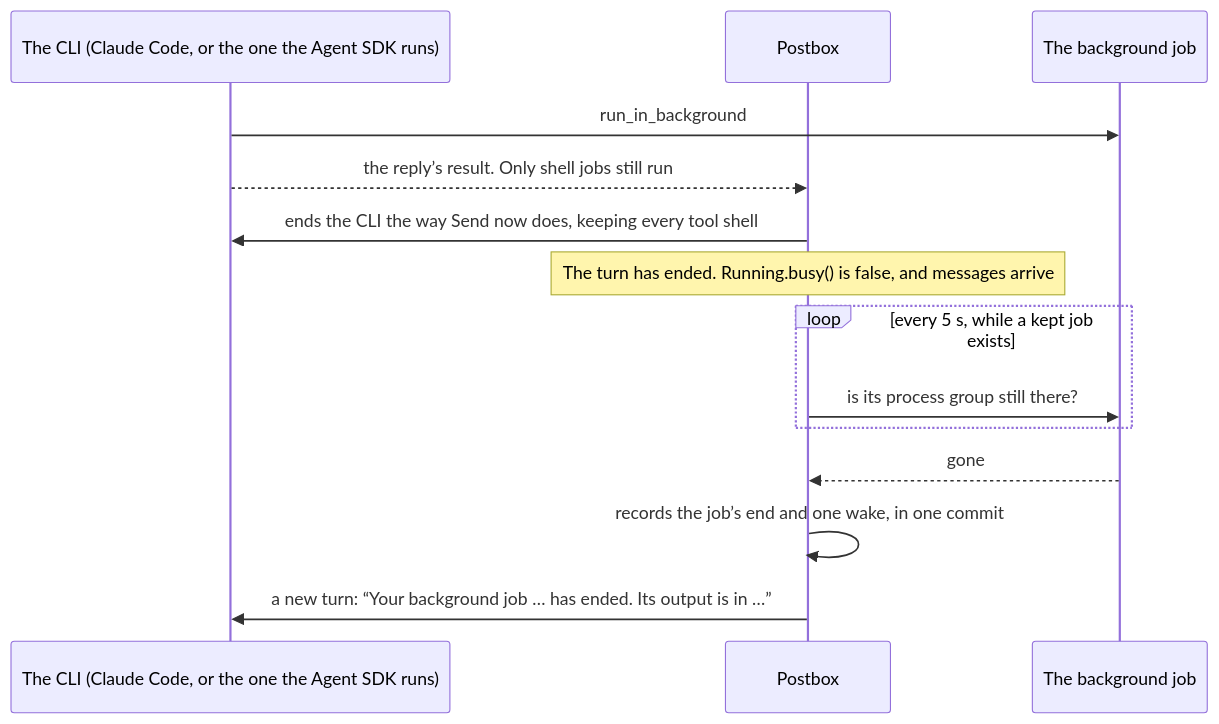
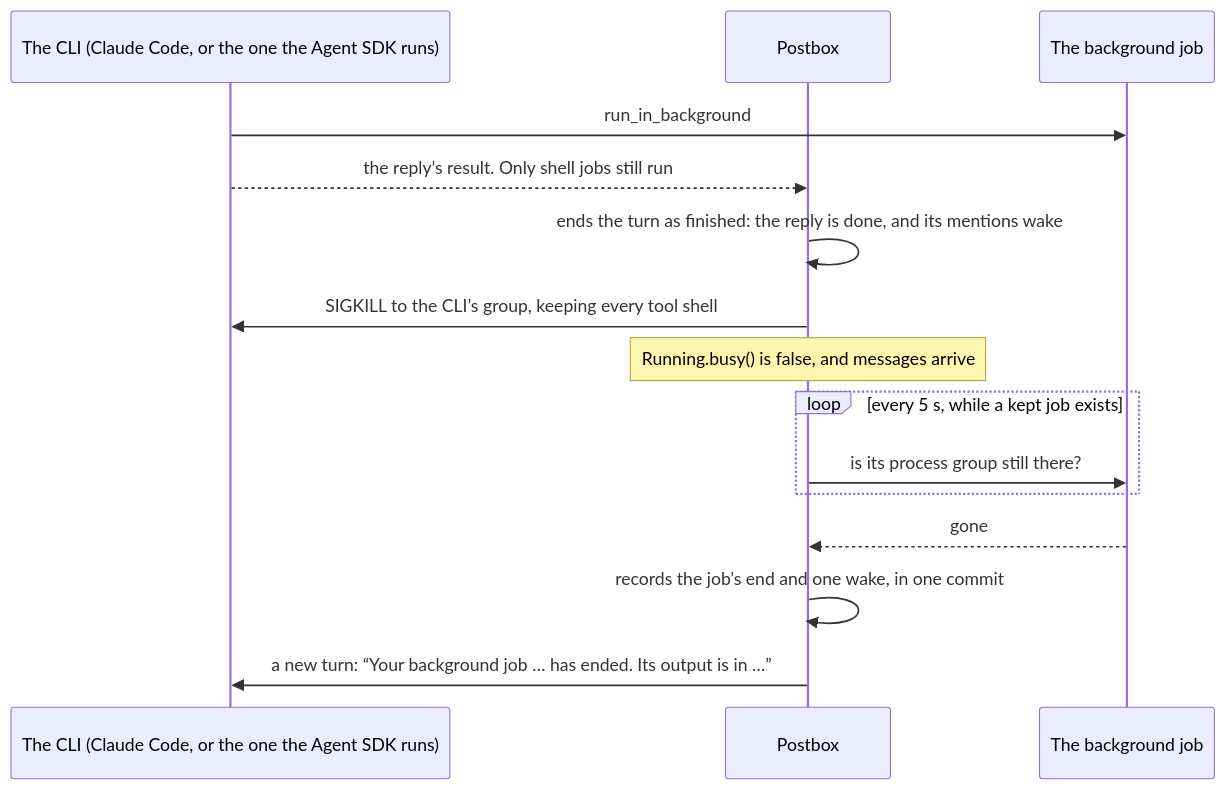
The first of 2 diagrams in designs/architecture/background-processes.md (HJeon139/postbox), drawn with Mermaid before and after one commit. The commit also changed other lines of this file and 1 other file, not shown here.

First line of the commit message:
docs(architecture): end a backgrounded turn as finished, and record the live-input run

````diff
--- a/designs/architecture/background-processes.md
+++ b/designs/architecture/background-processes.md
@@ -46,16 +51,17 @@
 ```mermaid
 sequenceDiagram
   participant H as The CLI (Claude Code, or the one the Agent SDK runs)
   participant S as Postbox
   participant J as The background job
   H->>J: run_in_background
   H-->>S: the reply’s result. Only shell jobs still run
-  S->>H: ends the CLI the way Send now does, keeping every tool shell
-  Note over S: The turn has ended. Running.busy() is false, and messages arrive
+  S->>S: ends the turn as finished: the reply is done, and its mentions wake
+  S->>H: SIGKILL to the CLI’s group, keeping every tool shell
+  Note over S: Running.busy() is false, and messages arrive
   loop every 5 s, while a kept job exists
     S->>J: is its process group still there?
   end
   J-->>S: gone
   S->>S: records the job’s end and one wake, in one commit
   S->>H: a new turn: “Your background job … has ended. Its output is in …”
 ```
````
